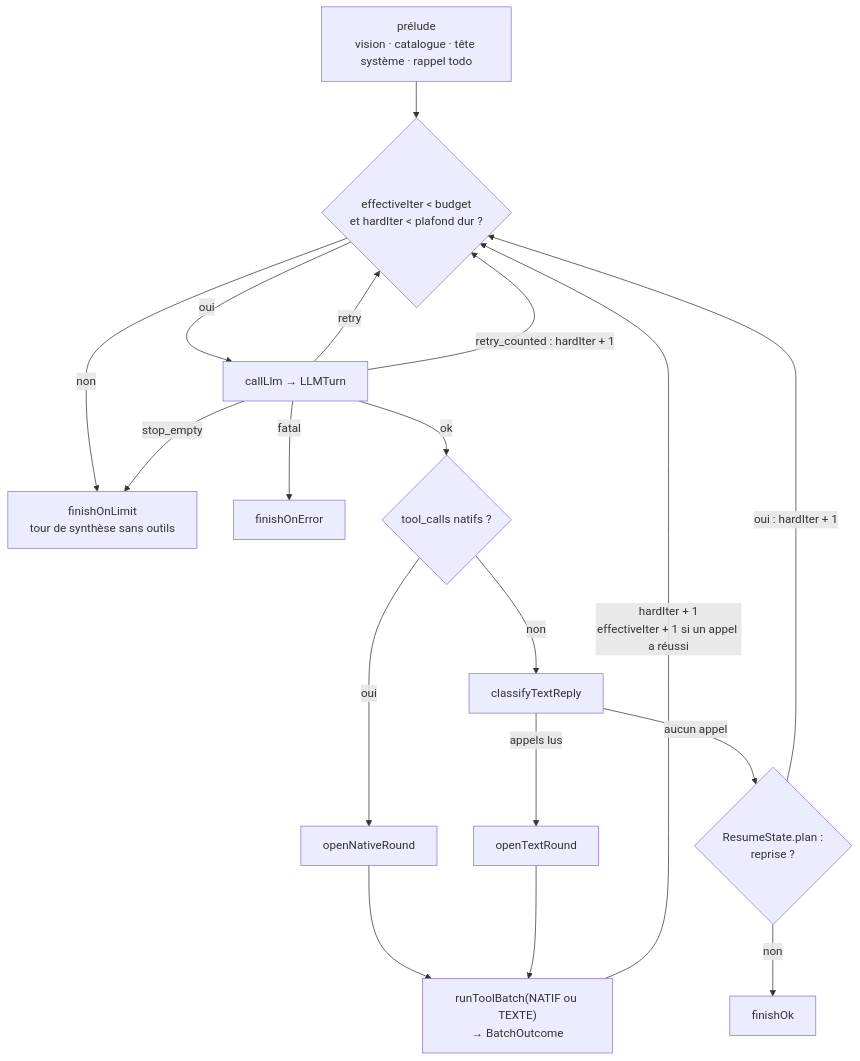
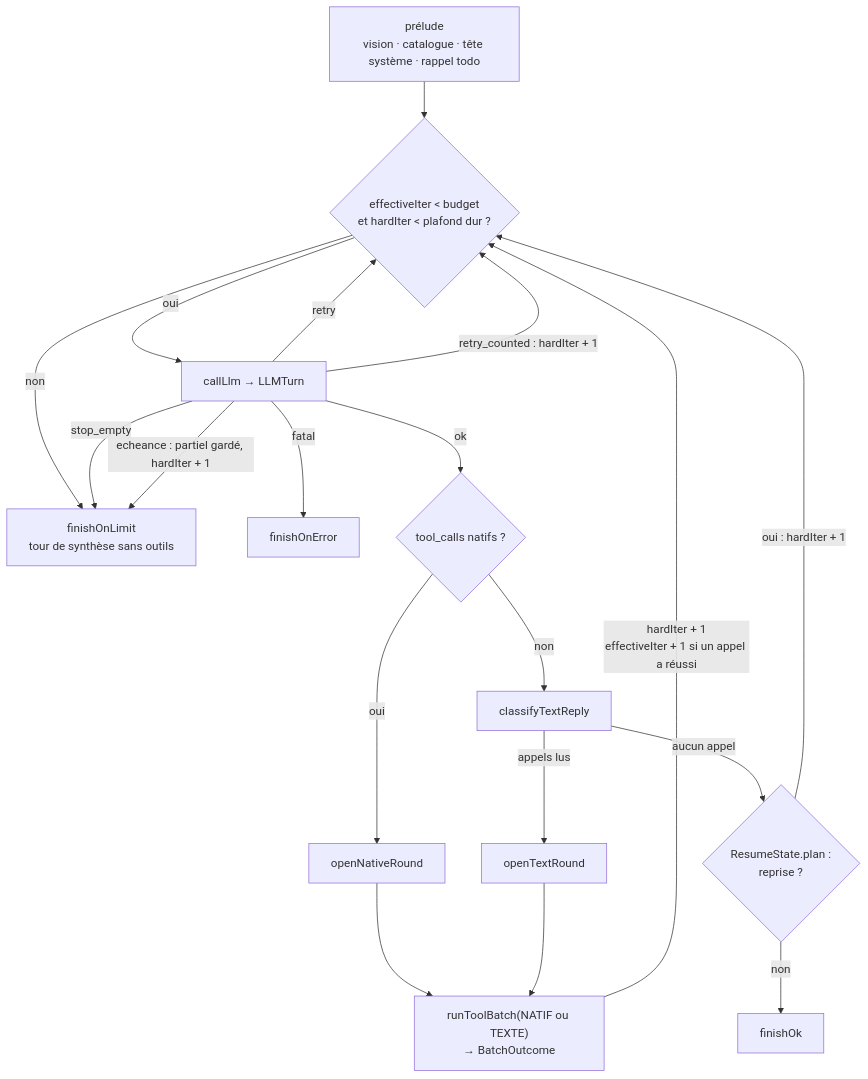
The sixth of 16 diagrams in docs/architecture.md (toto-fou/Elpis), drawn with Mermaid before and after one commit. The commit also changed other lines of this file and 105 other files, not shown here.

````diff
--- a/docs/architecture.md
+++ b/docs/architecture.md
@@ -612,20 +627,21 @@
 ```mermaid
 flowchart TB
     P["prélude<br/>vision · catalogue · tête système · rappel todo"] --> W{"effectiveIter &lt; budget<br/>et hardIter &lt; plafond dur ?"}
     W -- non --> L["finishOnLimit<br/>tour de synthèse sans outils"]
     W -- oui --> T["callLlm → LLMTurn"]
     T -- "retry" --> W
     T -- "retry_counted : hardIter + 1" --> W
     T -- "stop_empty" --> L
+    T -- "echeance : partiel gardé, hardIter + 1" --> L
     T -- "fatal" --> E["finishOnError"]
     T -- "ok" --> K{"tool_calls natifs ?"}
     K -- oui --> N["openNativeRound"]
     K -- non --> C["classifyTextReply"]
     C -- "appels lus" --> X["openTextRound"]
     C -- "aucun appel" --> R{"ResumeState.plan :<br/>reprise ?"}
     R -- "oui : hardIter + 1" --> W
     R -- non --> F["finishOk"]
     N --> B["runToolBatch(NATIF ou TEXTE)<br/>→ BatchOutcome"]
     X --> B
     B -- "hardIter + 1<br/>effectiveIter + 1 si un appel a réussi" --> W
 ```
````
